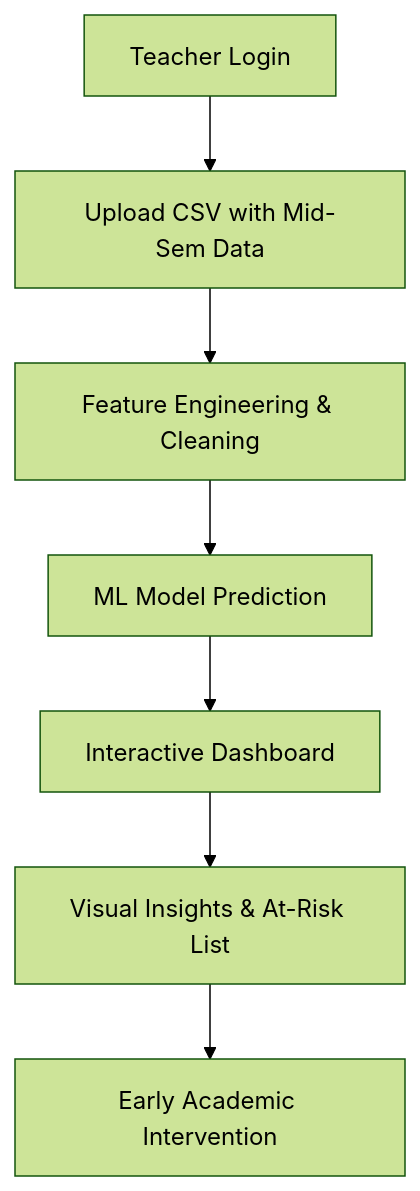
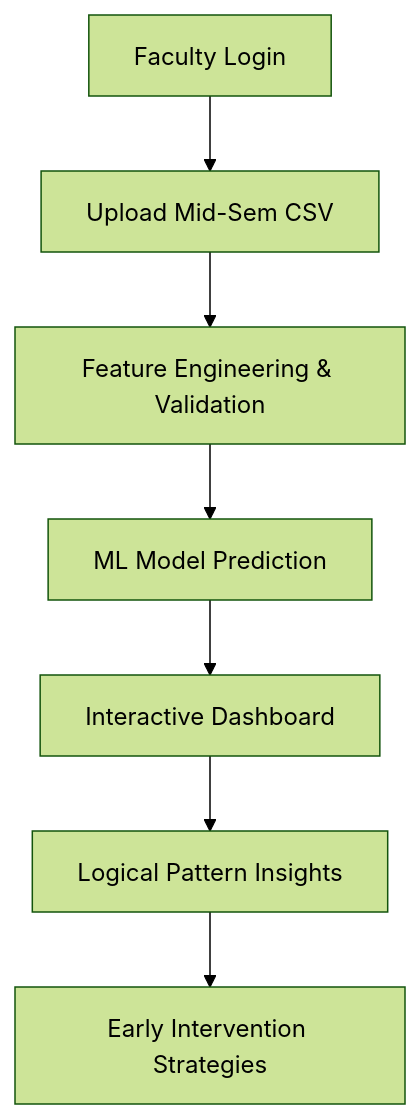
Before and after one commit to atharvadhanwate11/DSM: the diagram in README.md, drawn with Mermaid (forest theme). The commit also changed other lines of this file, not shown here.

````diff
--- a/README.md
+++ b/README.md
@@ -43,9 +44,9 @@
 ```mermaid
 graph TD
-    A[Teacher Login] --> B[Upload CSV with Mid-Sem Data]
-    B --> C[Feature Engineering & Cleaning]
+    A[Faculty Login] --> B[Upload Mid-Sem CSV]
+    B --> C[Feature Engineering & Validation]
     C --> D[ML Model Prediction]
     D --> E[Interactive Dashboard]
-    E --> F[Visual Insights & At-Risk List]
-    F --> G[Early Academic Intervention]
+    E --> F[Logical Pattern Insights]
+    F --> G[Early Intervention Strategies]
 ```
````
